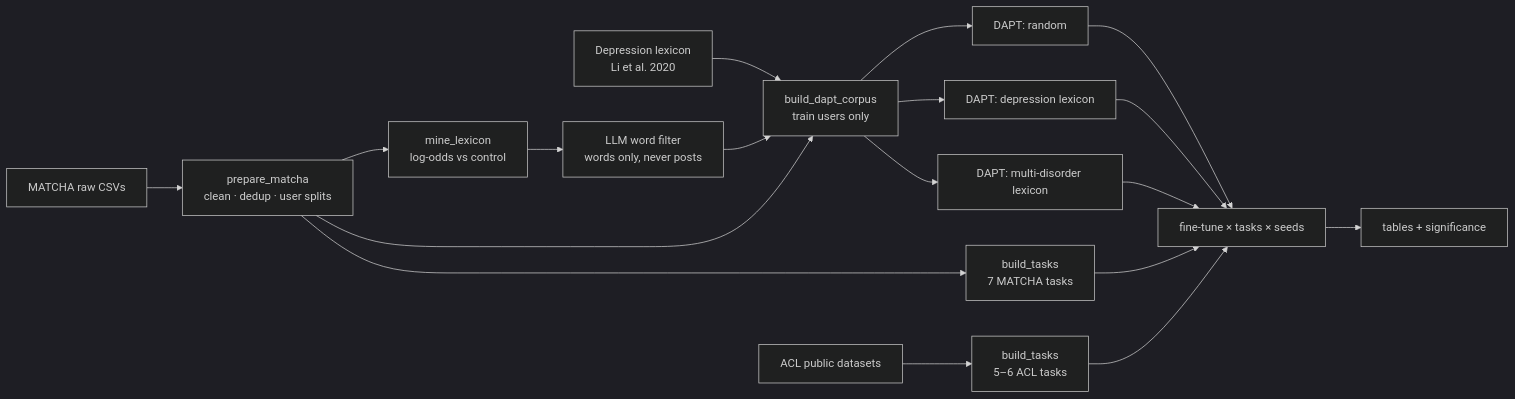
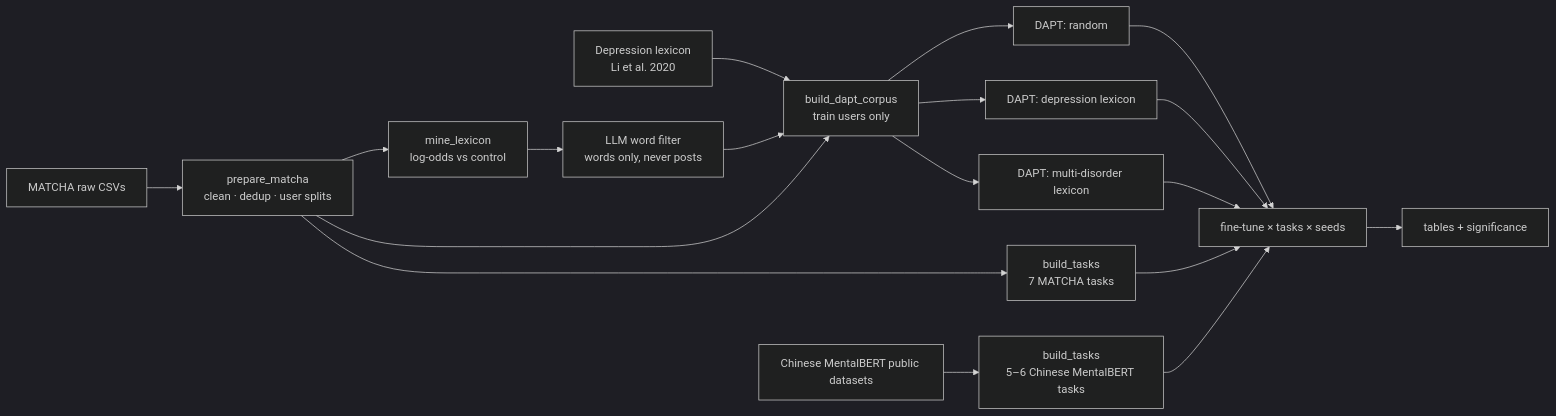
Before and after one commit to shehryars715/matcha-bench: the diagram in README.md, drawn with Mermaid (dark theme). The commit also changed other lines of this file and 9 other files, not shown here.

Commit message:
Refer to the Chinese MentalBERT paper by name instead of "the ACL paper"

````diff
--- a/README.md
+++ b/README.md
@@ -42,17 +42,17 @@
 ```mermaid
 flowchart LR
     A[MATCHA raw CSVs] --> B[prepare_matcha<br/>clean · dedup · user splits]
     B --> C[build_tasks<br/>7 MATCHA tasks]
-    D[ACL public datasets] --> C2[build_tasks<br/>5–6 ACL tasks]
+    D[Chinese MentalBERT public datasets] --> C2[build_tasks<br/>5–6 Chinese MentalBERT tasks]
     B --> E[mine_lexicon<br/>log-odds vs control]
     E --> F[LLM word filter<br/>words only, never posts]
     G[Depression lexicon<br/>Li et al. 2020] --> H
     F --> H[build_dapt_corpus<br/>train users only]
     B --> H
     H --> I1[DAPT: random]
     H --> I2[DAPT: depression lexicon]
     H --> I3[DAPT: multi-disorder lexicon]
     I1 & I2 & I3 --> J[fine-tune × tasks × seeds]
     C & C2 --> J
     J --> K[tables + significance]
 ```
````
